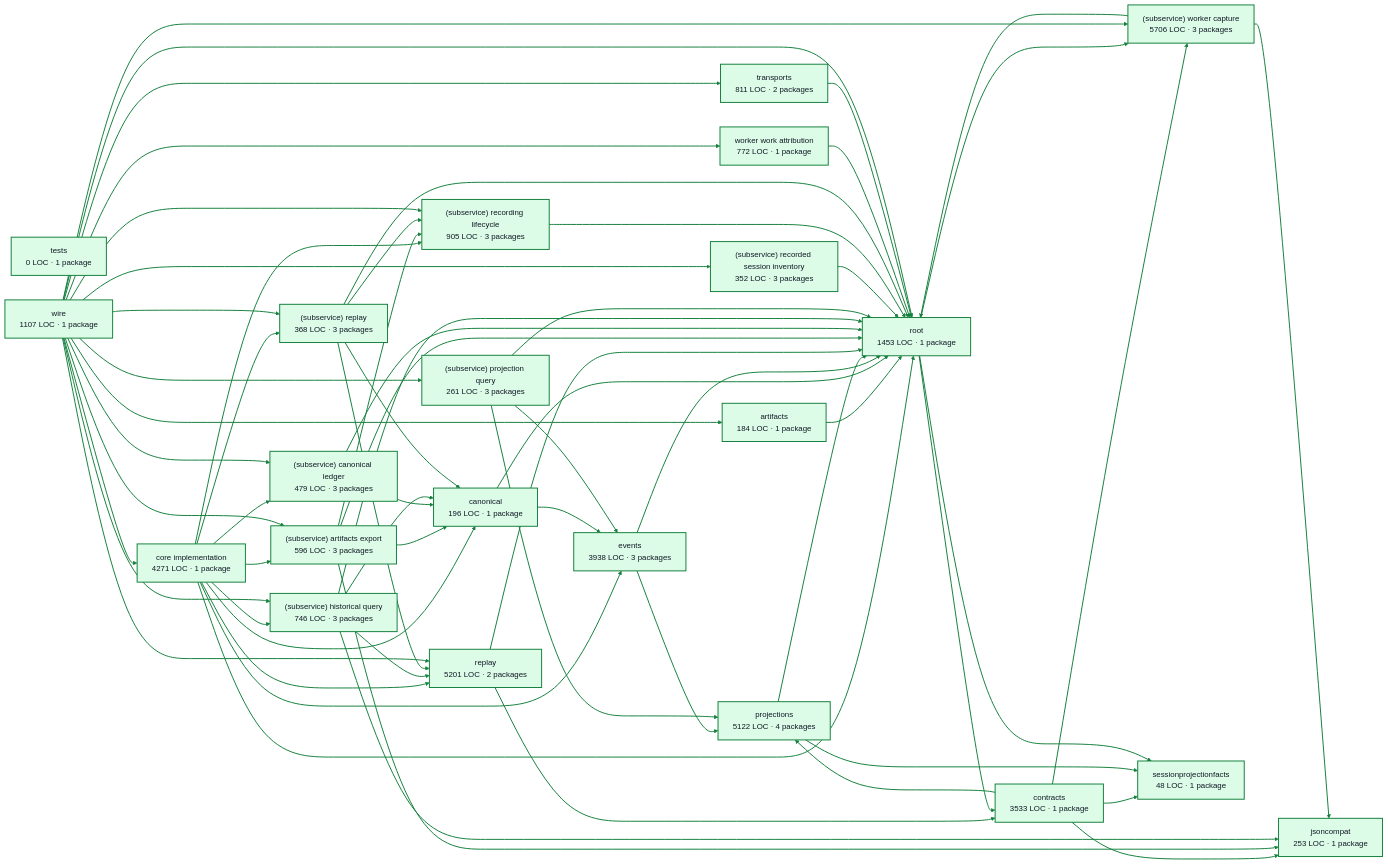
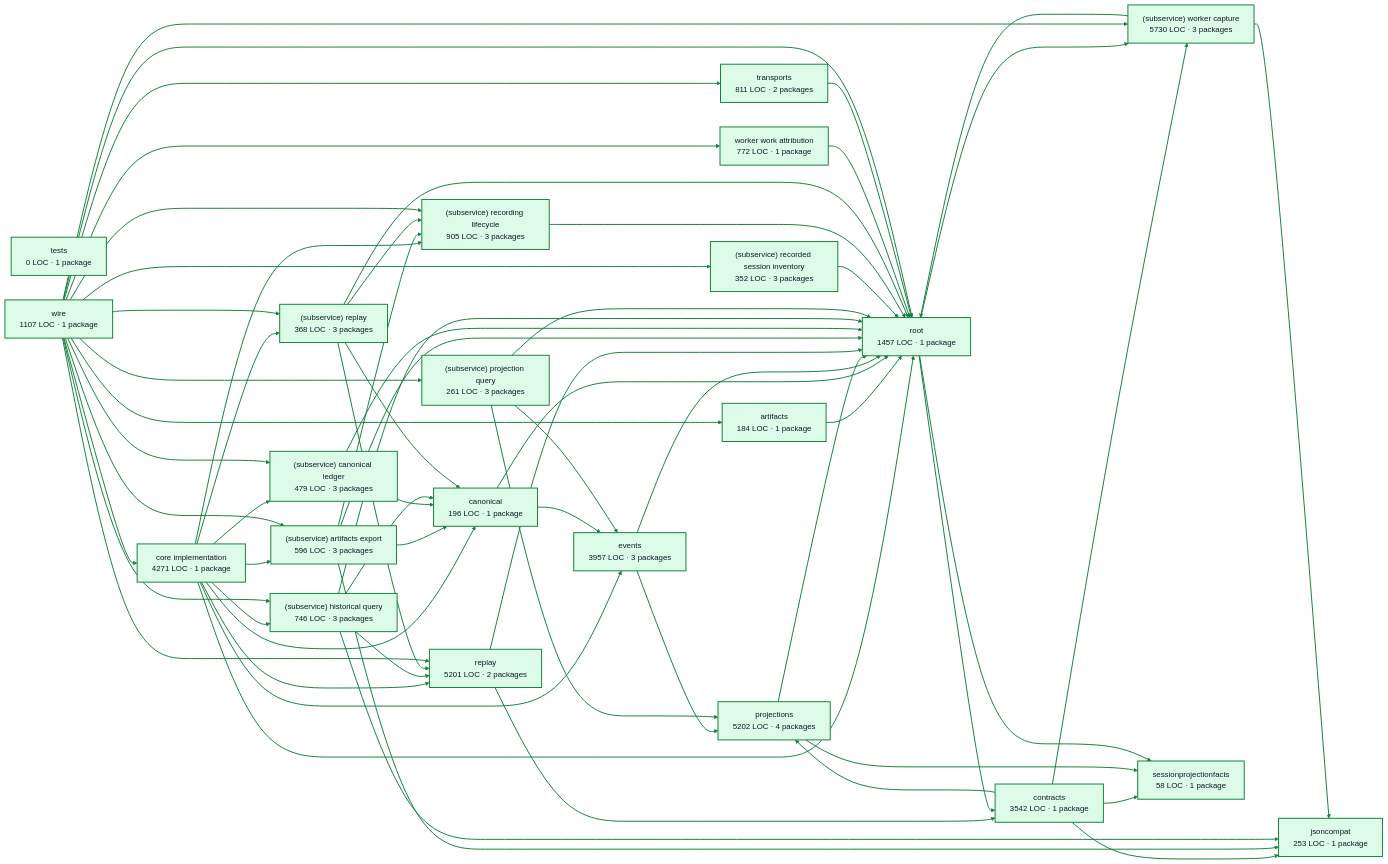
The diagram in docs/architecture/visualizations/services/recordings.md (portpowered/you-agent-factory), drawn with Mermaid (base theme) before and after one commit. The commit also changed other lines of this file and 20 other files, not shown here.

Commit message:
docs: refresh backend architecture visualizations

```diff
--- a/docs/architecture/visualizations/services/recordings.md
+++ b/docs/architecture/visualizations/services/recordings.md
@@ -13,10 +13,10 @@
   p0["core implementation<br/>4271 LOC · 1 package"]
   p1["artifacts<br/>184 LOC · 1 package"]
   p2["canonical<br/>196 LOC · 1 package"]
-  p3["contracts<br/>3533 LOC · 1 package"]
-  p4["events<br/>3938 LOC · 3 packages"]
+  p3["contracts<br/>3542 LOC · 1 package"]
+  p4["events<br/>3957 LOC · 3 packages"]
   p5["jsoncompat<br/>253 LOC · 1 package"]
-  p6["projections<br/>5122 LOC · 4 packages"]
+  p6["projections<br/>5202 LOC · 4 packages"]
   p7["replay<br/>5201 LOC · 2 packages"]
   p8["(subservice) artifacts export<br/>596 LOC · 3 packages"]
   p9["(subservice) canonical ledger<br/>479 LOC · 3 packages"]
@@ -25,11 +25,11 @@
   p12["(subservice) recorded session inventory<br/>352 LOC · 3 packages"]
   p13["(subservice) recording lifecycle<br/>905 LOC · 3 packages"]
   p14["(subservice) replay<br/>368 LOC · 3 packages"]
-  p15["(subservice) worker capture<br/>5706 LOC · 3 packages"]
-  p16["sessionprojectionfacts<br/>48 LOC · 1 package"]
+  p15["(subservice) worker capture<br/>5730 LOC · 3 packages"]
+  p16["sessionprojectionfacts<br/>58 LOC · 1 package"]
   p17["tests<br/>0 LOC · 1 package"]
   p18["worker work attribution<br/>772 LOC · 1 package"]
-  p19["root<br/>1453 LOC · 1 package"]
+  p19["root<br/>1457 LOC · 1 package"]
   p20["transports<br/>811 LOC · 2 packages"]
   p21["wire<br/>1107 LOC · 1 package"]
   p0 --> p2
```
